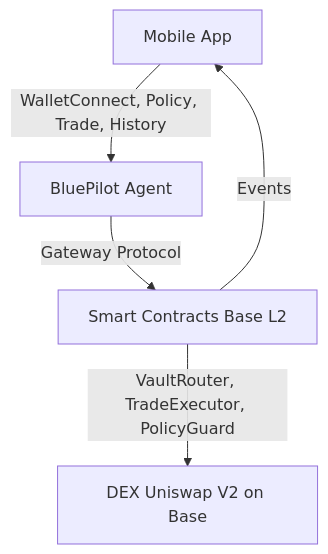
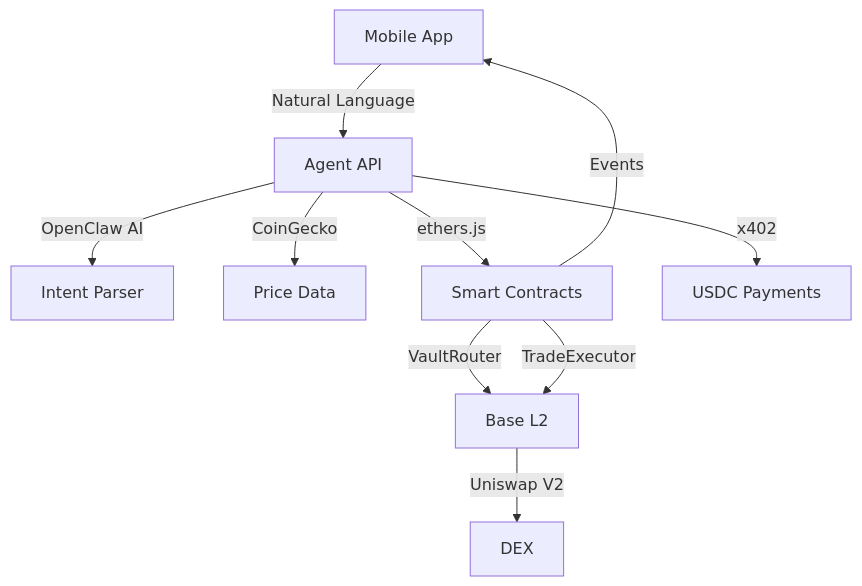
Before and after one commit to mzf11125/BluePilot: the diagram in README.md, drawn with Mermaid. The commit also changed other lines of this file and 2 other files, not shown here.

````diff
--- a/README.md
+++ b/README.md
@@ -16,7 +16,12 @@
 ```mermaid
 graph TD
-	A[Mobile App] -- WalletConnect, Policy, Trade, History --> B[BluePilot Agent]
-	B -- Gateway Protocol --> C[Smart Contracts Base L2]
-	C -- VaultRouter, TradeExecutor, PolicyGuard --> D[DEX Uniswap V2 on Base]
-	C -- Events --> A
+    A[Mobile App] -->|Natural Language| B[Agent API]
+    B -->|OpenClaw AI| C[Intent Parser]
+    B -->|CoinGecko| D[Price Data]
+    B -->|ethers.js| E[Smart Contracts]
+    E -->|VaultRouter| F[Base L2]
+    E -->|TradeExecutor| F
+    F -->|Uniswap V2| G[DEX]
+    B -->|x402| H[USDC Payments]
+    E -->|Events| A
 ```
````
